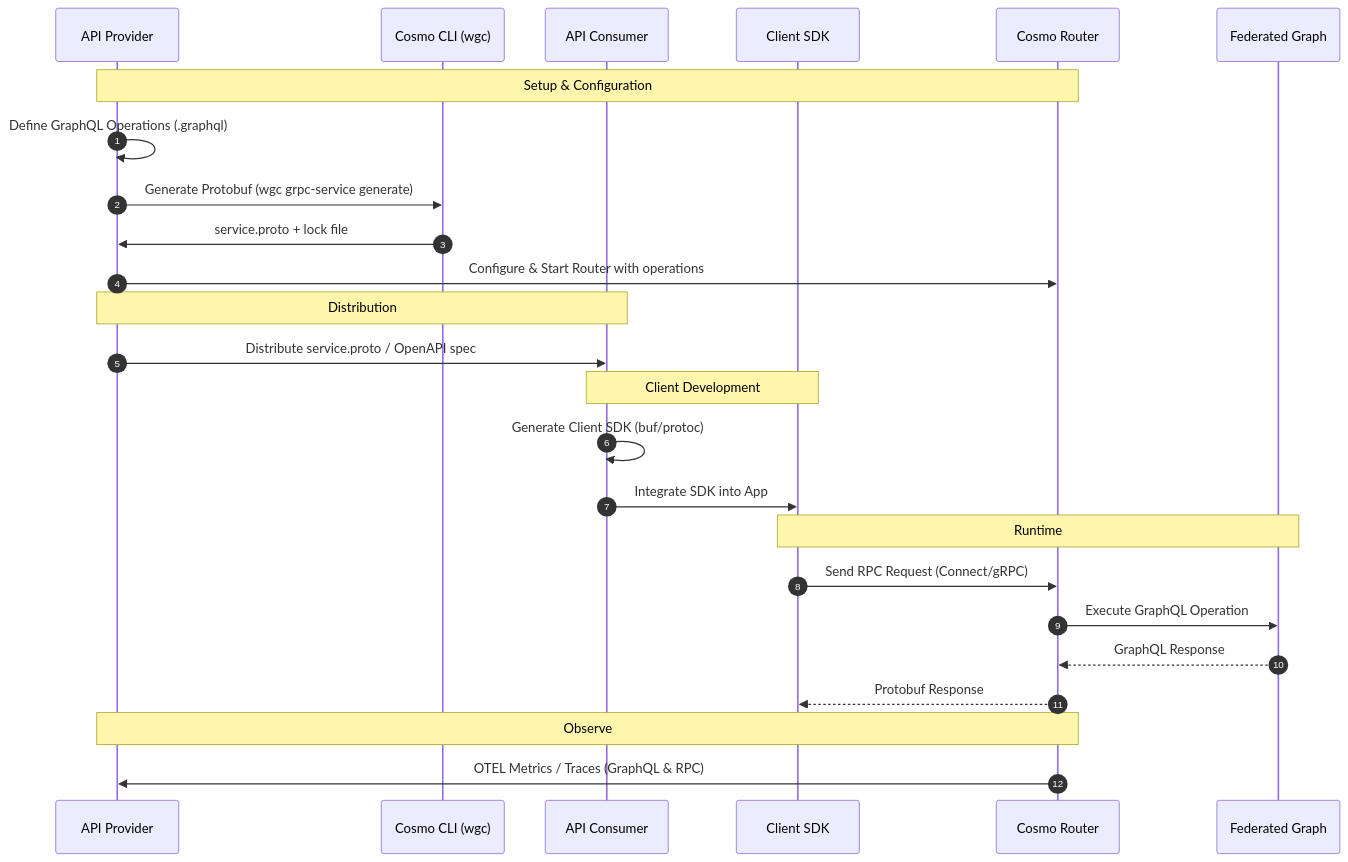
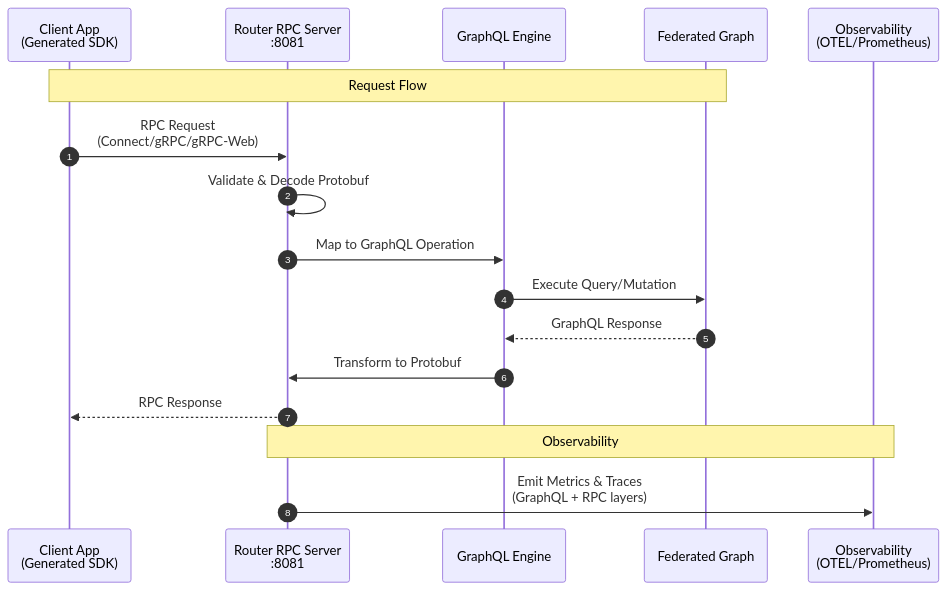
Before and after one commit to wundergraph/cosmo-docs: the third of 3 diagrams in docs/connect/client.mdx, drawn with Mermaid. The commit also changed other lines of this file, not shown here.

Commit message:
layered diagram

````diff
--- a/docs/connect/client.mdx
+++ b/docs/connect/client.mdx
@@ -43,32 +119,21 @@
 ```mermaid
 sequenceDiagram
     autonumber
-    participant Provider as API Provider
-    participant CLI as Cosmo CLI (wgc)
-    participant Consumer as API Consumer
-    participant Client as Client SDK
-    participant Router as Cosmo Router
+    participant Client as Client App<br/>(Generated SDK)
+    participant RPC as Router RPC Server<br/>:8081
+    participant Engine as GraphQL Engine
     participant Graph as Federated Graph
+    participant OTEL as Observability<br/>(OTEL/Prometheus)
 
-    Note over Provider, Router: Setup & Configuration
-    Provider->>Provider: Define GraphQL Operations (.graphql)
-    Provider->>CLI: Generate Protobuf (wgc grpc-service generate)
-    CLI->>Provider: service.proto + lock file
-    Provider->>Router: Configure & Start Router with operations
+    Note over Client,Graph: Request Flow
+    Client->>RPC: RPC Request<br/>(Connect/gRPC/gRPC-Web)
+    RPC->>RPC: Validate & Decode Protobuf
+    RPC->>Engine: Map to GraphQL Operation
+    Engine->>Graph: Execute Query/Mutation
+    Graph-->>Engine: GraphQL Response
+    Engine->>RPC: Transform to Protobuf
+    RPC-->>Client: RPC Response
     
-    Note over Provider, Consumer: Distribution
-    Provider->>Consumer: Distribute service.proto / OpenAPI spec
-
-    Note over Consumer, Client: Client Development
-    Consumer->>Consumer: Generate Client SDK (buf/protoc)
-    Consumer->>Client: Integrate SDK into App
-
-    Note over Client, Graph: Runtime
-    Client->>Router: Send RPC Request (Connect/gRPC)
-    Router->>Graph: Execute GraphQL Operation
-    Graph-->>Router: GraphQL Response
-    Router-->>Client: Protobuf Response
-
-    Note over Provider, Router: Observe
-    Router->>Provider: OTEL Metrics / Traces (GraphQL & RPC)
+    Note over RPC,OTEL: Observability
+    RPC->>OTEL: Emit Metrics & Traces<br/>(GraphQL + RPC layers)
 ```
````
